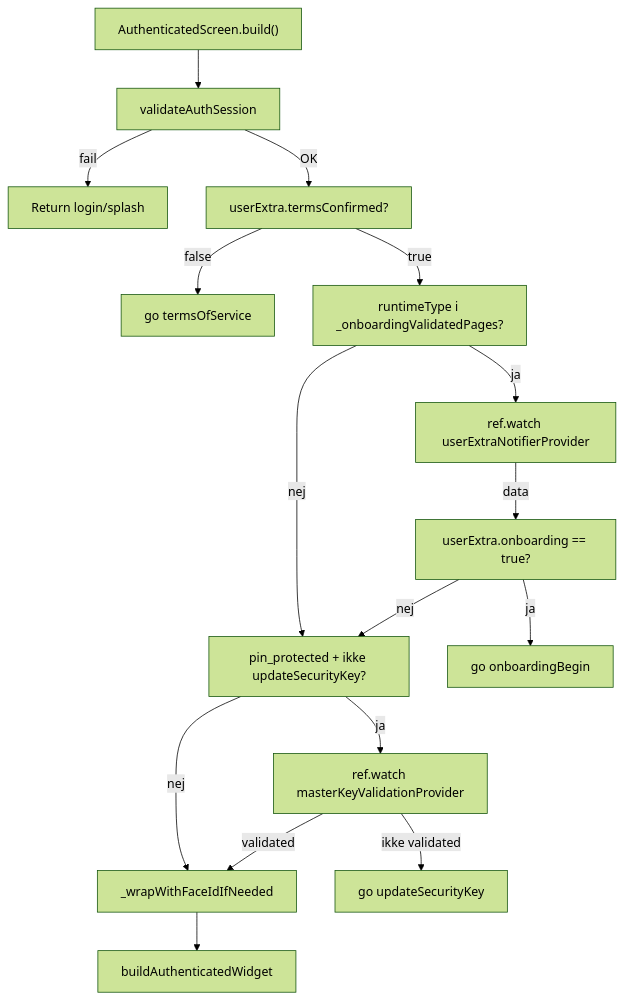
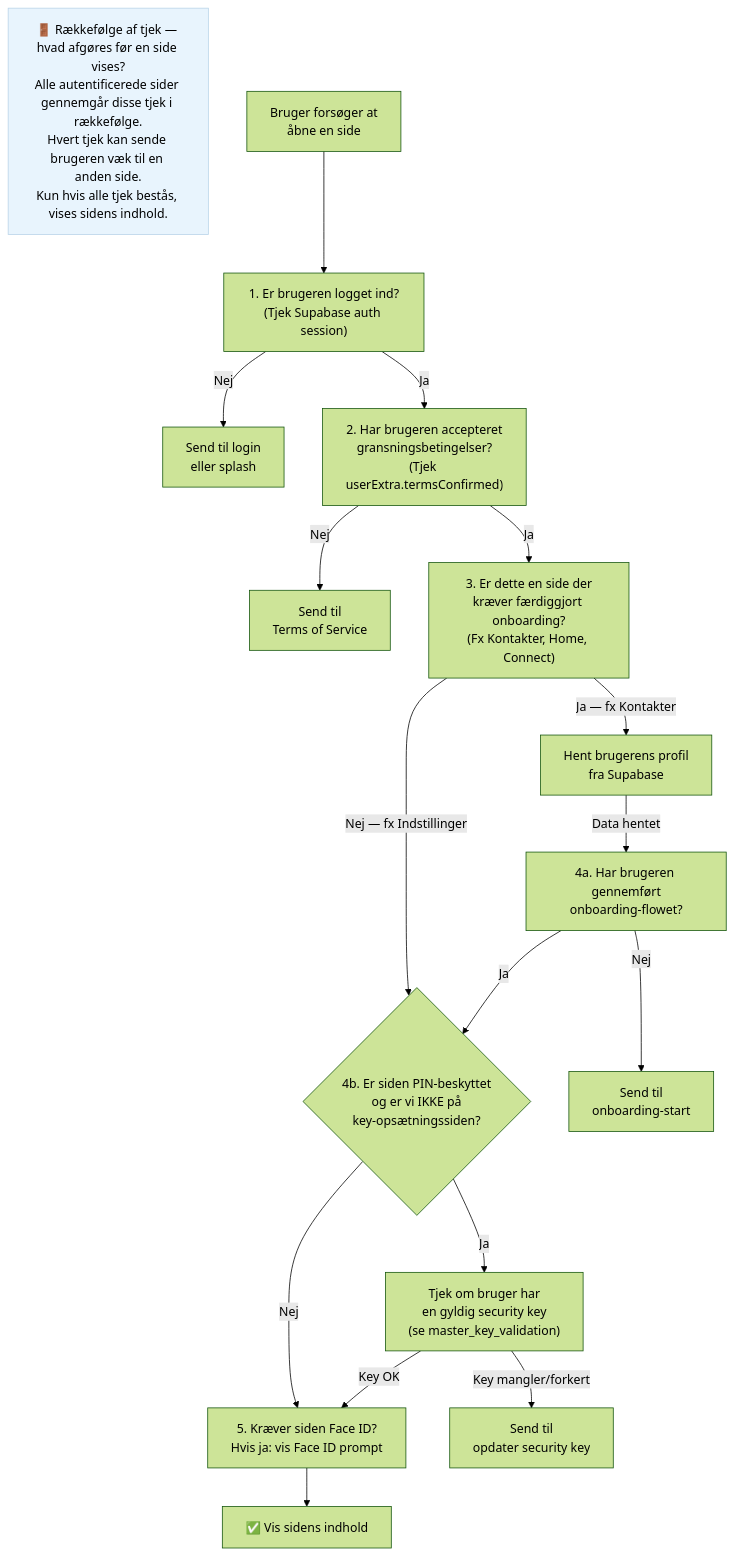
Before and after one commit to plauge/flutter_startup: the diagram in docs/diagrams/authenticated_screen_guards.mmd, drawn with Mermaid (forest theme). The commit also changed 12 other files, not shown here.

Commit message:
Diagrammer er nu med bedre beskrivelser.

```diff
--- a/docs/diagrams/authenticated_screen_guards.mmd
+++ b/docs/diagrams/authenticated_screen_guards.mmd
@@ -1,16 +1,20 @@
 flowchart TD
-    Build["AuthenticatedScreen.build()"] --> AuthCheck["validateAuthSession"]
-    AuthCheck -->|fail| AuthResult["Return login/splash"]
-    AuthCheck -->|OK| TermsCheck["userExtra.termsConfirmed?"]
-    TermsCheck -->|false| RedirectTerms["go termsOfService"]
-    TermsCheck -->|true| OnboardingCheck["runtimeType i _onboardingValidatedPages?"]
-    OnboardingCheck -->|ja| UserExtraWatch["ref.watch userExtraNotifierProvider"]
-    OnboardingCheck -->|nej| MasterKeyPath["pin_protected + ikke updateSecurityKey?"]
-    UserExtraWatch -->|data| OnboardingData["userExtra.onboarding == true?"]
-    OnboardingData -->|ja| RedirectOnboarding["go onboardingBegin"]
-    OnboardingData -->|nej| MasterKeyPath
-    MasterKeyPath -->|ja| MasterKeyWatch["ref.watch masterKeyValidationProvider"]
-    MasterKeyPath -->|nej| FaceID["_wrapWithFaceIdIfNeeded"]
-    MasterKeyWatch -->|validated| FaceID
-    MasterKeyWatch -->|ikke validated| RedirectUpdateKey["go updateSecurityKey"]
-    FaceID --> Content["buildAuthenticatedWidget"]
+    Desc["🚪 Rækkefølge af tjek — hvad afgøres før en side vises?\nAlle autentificerede sider gennemgår disse tjek i rækkefølge.\nHvert tjek kan sende brugeren væk til en anden side.\nKun hvis alle tjek bestås, vises sidens indhold."]
+    style Desc fill:#e8f4fd,stroke:#b8d4e8
+
+    Build["Bruger forsøger at\nåbne en side"] --> AuthCheck["1. Er brugeren logget ind?\n(Tjek Supabase auth session)"]
+    AuthCheck -->|"Nej"| AuthResult["Send til login\neller splash"]
+    AuthCheck -->|"Ja"| TermsCheck["2. Har brugeren accepteret\ngransningsbetingelser?\n(Tjek userExtra.termsConfirmed)"]
+    TermsCheck -->|"Nej"| RedirectTerms["Send til\nTerms of Service"]
+    TermsCheck -->|"Ja"| OnboardingCheck["3. Er dette en side der\nkræver færdiggjort onboarding?\n(Fx Kontakter, Home, Connect)"]
+    OnboardingCheck -->|"Ja — fx Kontakter"| UserExtraWatch["Hent brugerens profil\nfra Supabase"]
+    OnboardingCheck -->|"Nej — fx Indstillinger"| MasterKeyPath
+    UserExtraWatch -->|"Data hentet"| OnboardingData["4a. Har brugeren gennemført\nonboarding-flowet?"]
+    OnboardingData -->|"Nej"| RedirectOnboarding["Send til\nonboarding-start"]
+    OnboardingData -->|"Ja"| MasterKeyPath
+    MasterKeyPath{"4b. Er siden PIN-beskyttet\nog er vi IKKE på\nkey-opsætningssiden?"}
+    MasterKeyPath -->|"Ja"| MasterKeyWatch["Tjek om bruger har\nen gyldig security key\n(se master_key_validation)"]
+    MasterKeyPath -->|"Nej"| FaceID
+    MasterKeyWatch -->|"Key OK"| FaceID["5. Kræver siden Face ID?\nHvis ja: vis Face ID prompt"]
+    MasterKeyWatch -->|"Key mangler/forkert"| RedirectUpdateKey["Send til\nopdater security key"]
+    FaceID --> Content["✅ Vis sidens indhold"]
```
